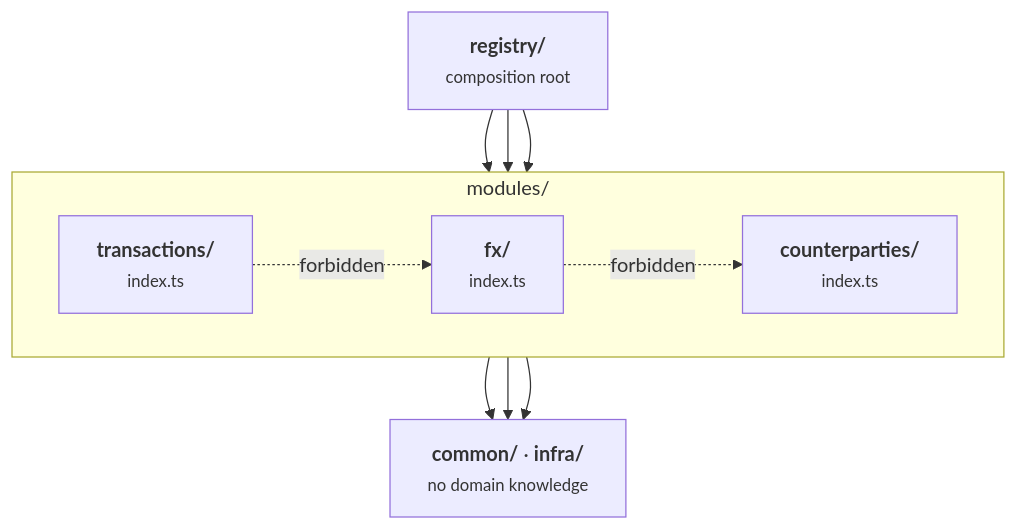
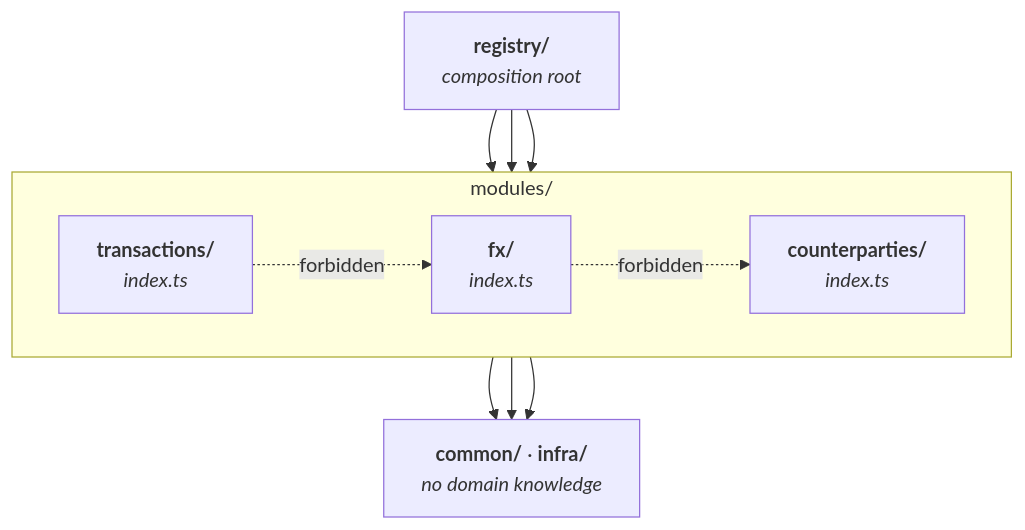
Before and after one commit to VoltLightning/waltning: the first of 2 diagrams in docs/specification/architecture/10-code-structure.md, drawn with Mermaid. The commit also changed other lines of this file and 15 other files, not shown here.

````diff
--- a/docs/specification/architecture/10-code-structure.md
+++ b/docs/specification/architecture/10-code-structure.md
@@ -44,20 +44,20 @@
 ```mermaid
 graph TB
-    REG["<b>registry/</b><br/><small>composition root</small>"]
+    REG["<b>registry/</b><br/><i>composition root</i>"]
 
     subgraph mods["modules/"]
         direction LR
-        TX["<b>transactions/</b><br/><small>index.ts</small>"]
-        FX["<b>fx/</b><br/><small>index.ts</small>"]
-        CP["<b>counterparties/</b><br/><small>index.ts</small>"]
+        TX["<b>transactions/</b><br/><i>index.ts</i>"]
+        FX["<b>fx/</b><br/><i>index.ts</i>"]
+        CP["<b>counterparties/</b><br/><i>index.ts</i>"]
     end
 
-    COMMON["<b>common/</b> · <b>infra/</b><br/><small>no domain knowledge</small>"]
+    COMMON["<b>common/</b> · <b>infra/</b><br/><i>no domain knowledge</i>"]
 
     REG --> TX & FX & CP
     TX --> COMMON
     FX --> COMMON
     CP --> COMMON
     TX -.->|"forbidden"| FX
     FX -.->|"forbidden"| CP
 ```
````
